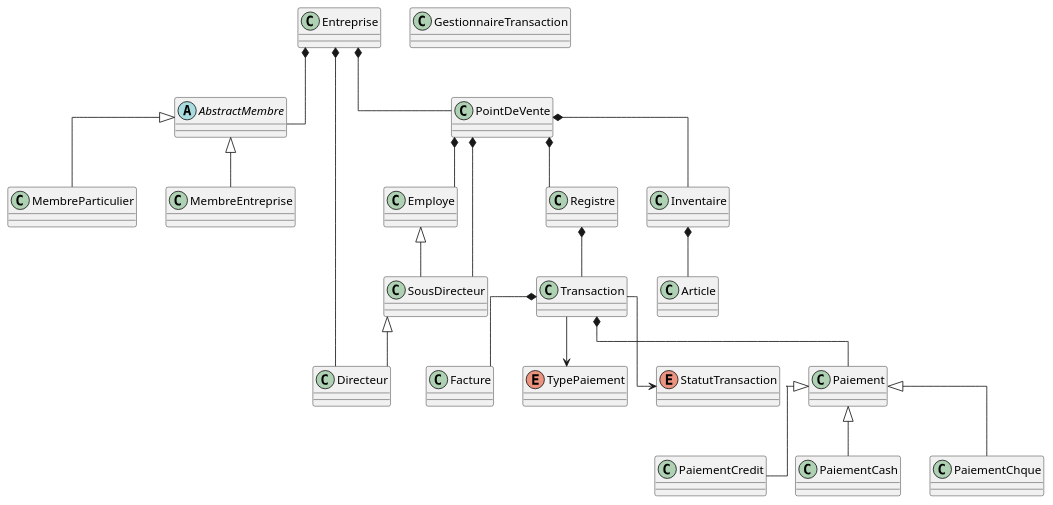
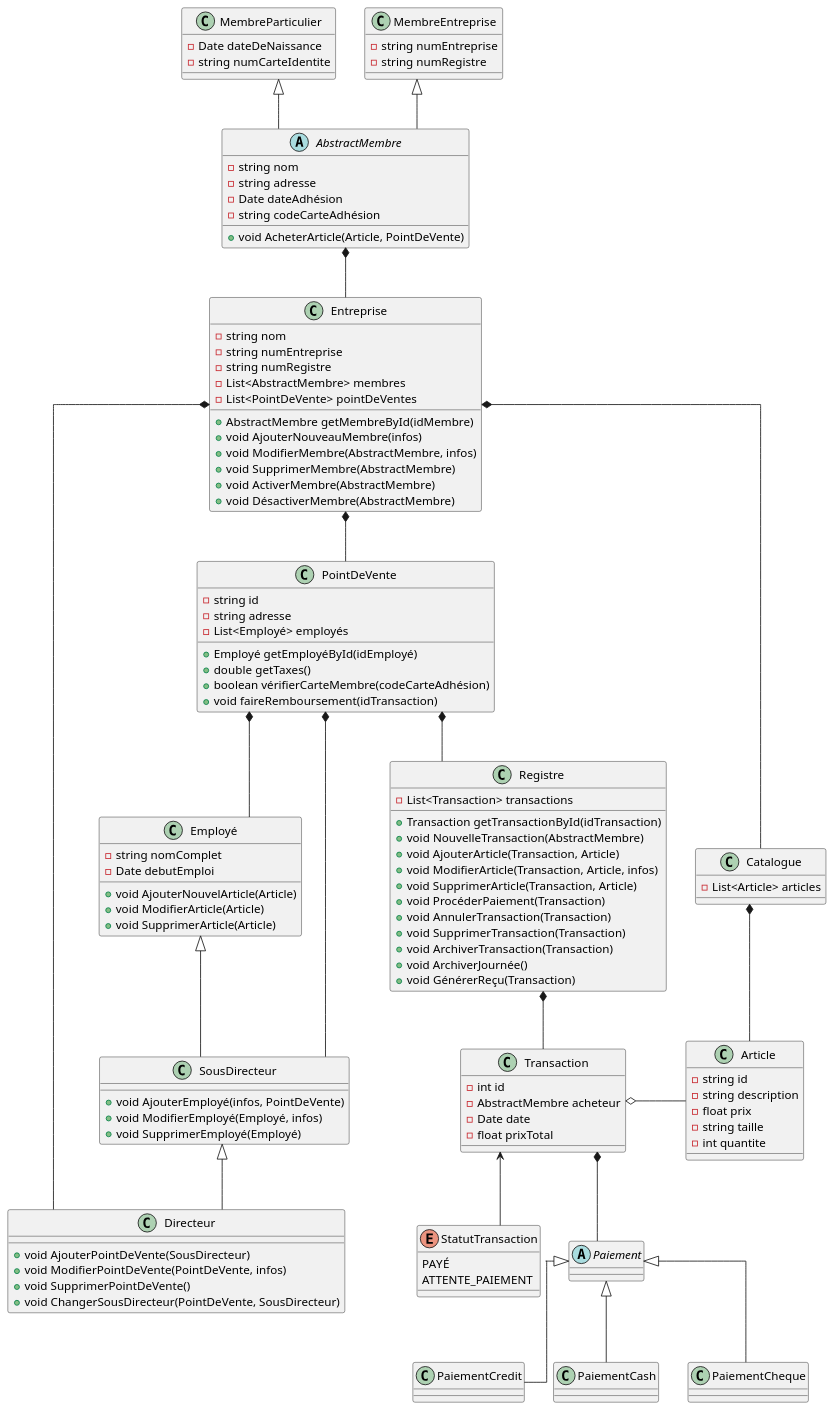
One commit to SamBolduc/INF1011-TP2 changed the diagram in diagram.puml. Above: the diagram before and after it, drawn with PlantUML.

Commit message:
Petites modifications à la structure et ajout d'attributs aux classes.

```diff
--- a/diagram.puml
+++ b/diagram.puml
@@ -1,76 +1,139 @@
 @startuml
 
 skinparam linetype ortho
 
 abstract class AbstractMembre {
-
+- string nom
+- string adresse
+- Date dateAdhésion
+- string codeCarteAdhésion
++ void AcheterArticle(Article, PointDeVente)
 }
 
-class MembreParticulier extends AbstractMembre {
-
+class MembreParticulier {
+- Date dateDeNaissance
+- string numCarteIdentite
 }
 
-class MembreEntreprise extends AbstractMembre {
+class MembreEntreprise {
+- string numEntreprise
+- string numRegistre
 }
 
-class Employe {
-
+class Employé {
+- string nomComplet
+- Date debutEmploi
++ void AjouterNouvelArticle(Article)
++ void ModifierArticle(Article)
++ void SupprimerArticle(Article)
 }
 
-class Directeur extends SousDirecteur{
-
+class SousDirecteur {
++ void AjouterEmployé(infos, PointDeVente)
++ void ModifierEmployé(Employé, infos)
++ void SupprimerEmployé(Employé)
 }
 
-class SousDirecteur extends Employe {
+class Directeur {
++ void AjouterPointDeVente(SousDirecteur)
++ void ModifierPointDeVente(PointDeVente, infos)
++ void SupprimerPointDeVente()
++ void ChangerSousDirecteur(PointDeVente, SousDirecteur)
 }
 
 class Transaction {
-}
-
-class GestionnaireTransaction {
+- int id
+- AbstractMembre acheteur
+- Date date
+- float prixTotal
 }
 
 class Article {
-}
-
-class Facture {
+- string id
+- string description
+- float prix
+- string taille
+- int quantite
 }
 
 class Registre {
+- List<Transaction> transactions
++ Transaction getTransactionById(idTransaction)
++ void NouvelleTransaction(AbstractMembre)
++ void AjouterArticle(Transaction, Article)
++ void ModifierArticle(Transaction, Article, infos)
++ void SupprimerArticle(Transaction, Article)
++ void ProcéderPaiement(Transaction)
++ void AnnulerTransaction(Transaction)
++ void SupprimerTransaction(Transaction)
++ void ArchiverTransaction(Transaction)
++ void ArchiverJournée()
++ void GénérerReçu(Transaction)
 }
 
-enum TypePaiement{}
+enum StatutTransaction{
+PAYÉ
+ATTENTE_PAIEMENT
+}
 
-enum StatutTransaction{}
+class Entreprise {
+- string nom
+- string numEntreprise
+- string numRegistre
+- List<AbstractMembre> membres
+- List<PointDeVente> pointDeVentes
++ AbstractMembre getMembreById(idMembre)
++ void AjouterNouveauMembre(infos)
++ void ModifierMembre(AbstractMembre, infos)
++ void SupprimerMembre(AbstractMembre)
++ void ActiverMembre(AbstractMembre)
++ void DésactiverMembre(AbstractMembre)
+}
 
-class Entreprise {}
+class PointDeVente {
+- string id
+- string adresse
+- List<Employé> employés
++ Employé getEmployéById(idEmployé)
++ double getTaxes()
++ boolean vérifierCarteMembre(codeCarteAdhésion)
++ void faireRemboursement(idTransaction)
+}
 
-class PointDeVente {}
+class Catalogue {
+- List<Article> articles
+}
 
-class Inventaire {}
+abstract class Paiement {}
 
-class Paiement {}
+class PaiementCredit {}
 
-class PaiementCredit extends Paiement {}
+class PaiementCash {}
 
-class PaiementCash extends Paiement {}
+class PaiementCheque {}
 
-class PaiementChque extends Paiement {}
+Employé <|-- SousDirecteur
+SousDirecteur <|-- Directeur
+
+Paiement <|-- PaiementCredit
+Paiement <|-- PaiementCash
+Paiement <|-- PaiementCheque
 
 Entreprise *-- PointDeVente
-PointDeVente *-- Inventaire
-Inventaire *-- Article
+Entreprise *--- Catalogue
+Catalogue *-- Article
 Entreprise *-- Directeur
 PointDeVente *-- SousDirecteur
-PointDeVente *-- Employe
+PointDeVente *-- Employé
 PointDeVente *-- Registre
 
 Registre *-- Transaction
-Transaction --> TypePaiement
-Transaction --> StatutTransaction
-Transaction *-- Facture
+Transaction <-- StatutTransaction
 Transaction *-- Paiement
+Transaction o- Article
 
-Entreprise *-- AbstractMembre
+AbstractMembre *-- Entreprise
+MembreParticulier<|-- AbstractMembre
+MembreEntreprise <|-- AbstractMembre
 
 @enduml
```
